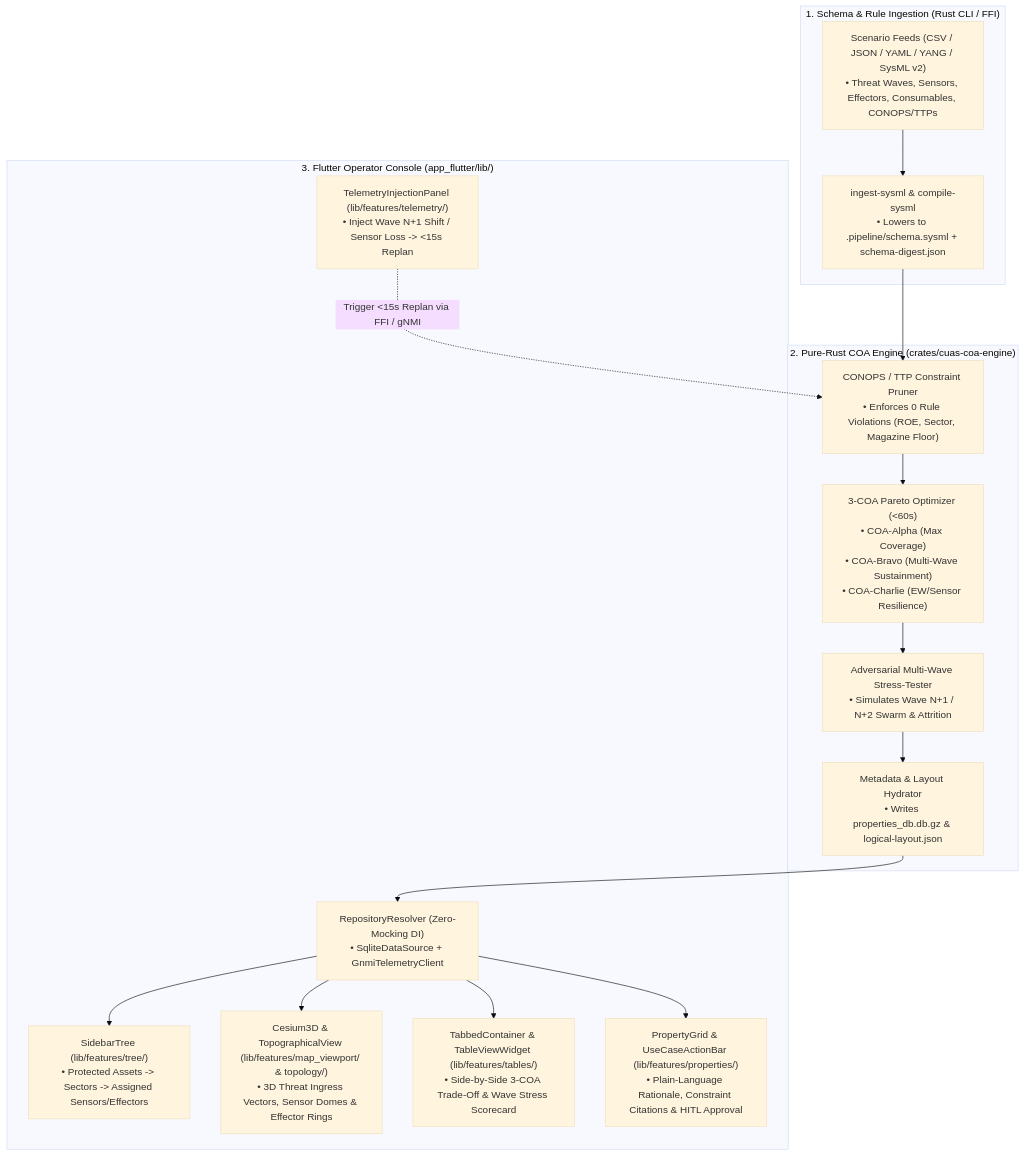
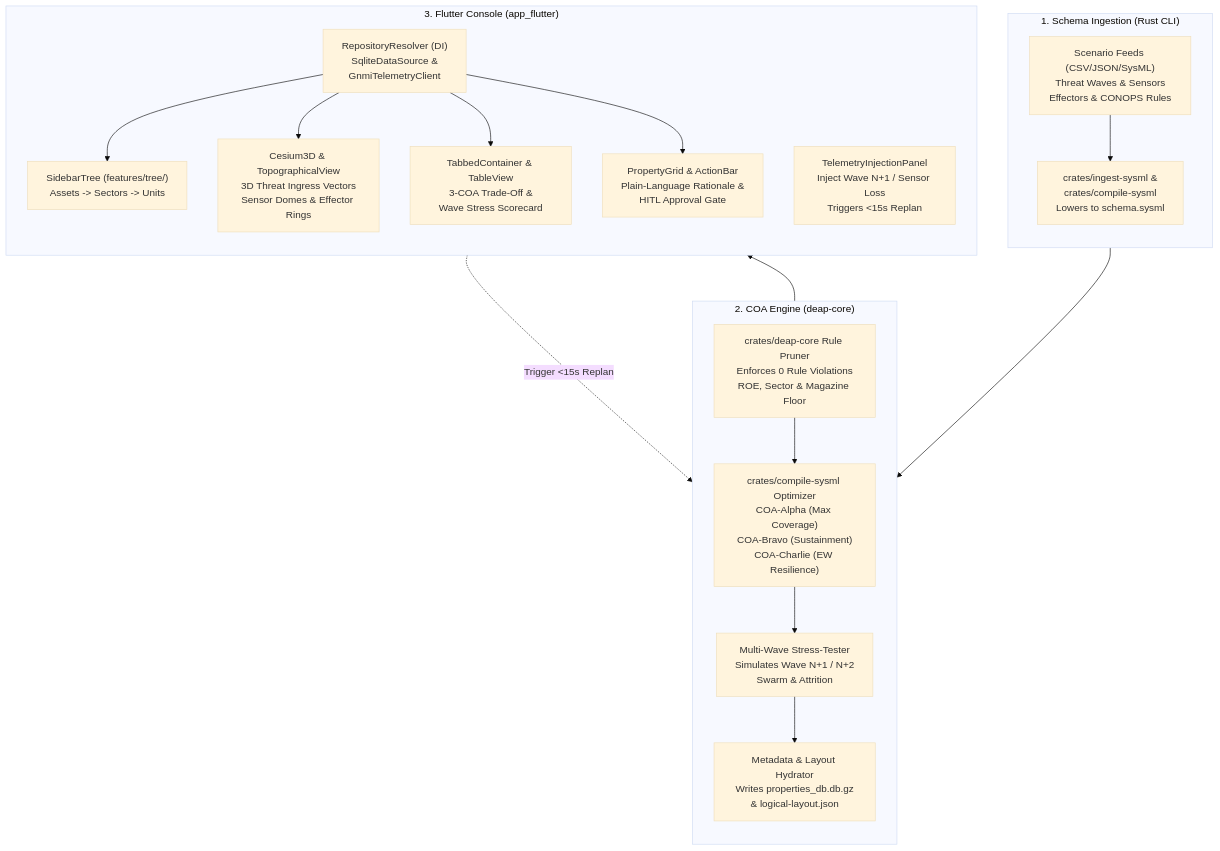
The diagram in docs/architecture/blueprints/DEAP_CUAS_COA_FLUTTER_BLUEPRINT.md (gintatkinson/DEAP01-spec-core), drawn with Mermaid (base theme) before and after one commit. The commit also changed other lines of this file and 28 other files, not shown here.

Commit message:
feat(verify-baseline,deap-core,compile-sysml): implement Option C blueprint capabilities and Check 37 blueprint grounding gate

````diff
--- a/docs/architecture/blueprints/DEAP_CUAS_COA_FLUTTER_BLUEPRINT.md
+++ b/docs/architecture/blueprints/DEAP_CUAS_COA_FLUTTER_BLUEPRINT.md
@@ -18,35 +18,38 @@
 ```mermaid
 flowchart TD
-    subgraph Step0["1. Schema & Rule Ingestion (Rust CLI / FFI)"]
-        RawInputs["Scenario Feeds (CSV / JSON / YAML / YANG / SysML v2)<br/>• Threat Waves, Sensors, Effectors, Consumables, CONOPS/TTPs"]
-        IngestBin["ingest-sysml & compile-sysml<br/>• Lowers to .pipeline/schema.sysml + schema-digest.json"]
+    subgraph Step0["1. Schema Ingestion (Rust CLI)"]
+        direction TB
+        RawInputs["Scenario Feeds (CSV/JSON/SysML)<br/>Threat Waves & Sensors<br/>Effectors & CONOPS Rules"]
+        IngestBin["crates/ingest-sysml &<br/>crates/compile-sysml<br/>Lowers to schema.sysml"]
         RawInputs --> IngestBin
     end
 
-    subgraph SolverCrate["2. Pure-Rust COA Engine (crates/cuas-coa-engine)"]
-        RulePruner["CONOPS / TTP Constraint Pruner<br/>• Enforces 0 Rule Violations (ROE, Sector, Magazine Floor)"]
-        ParetoSolver["3-COA Pareto Optimizer (<60s)<br/>• COA-Alpha (Max Coverage)<br/>• COA-Bravo (Multi-Wave Sustainment)<br/>• COA-Charlie (EW/Sensor Resilience)"]
-        WaveStress["Adversarial Multi-Wave Stress-Tester<br/>• Simulates Wave N+1 / N+2 Swarm & Attrition"]
-        SqliteExporter["Metadata & Layout Hydrator<br/>• Writes properties_db.db.gz & logical-layout.json"]
+    subgraph SolverCrate["2. COA Engine (deap-core)"]
+        direction TB
+        RulePruner["crates/deap-core Rule Pruner<br/>Enforces 0 Rule Violations<br/>ROE, Sector & Magazine Floor"]
+        ParetoSolver["crates/compile-sysml Optimizer<br/>COA-Alpha (Max Coverage)<br/>COA-Bravo (Sustainment)<br/>COA-Charlie (EW Resilience)"]
+        WaveStress["Multi-Wave Stress-Tester<br/>Simulates Wave N+1 / N+2<br/>Swarm & Attrition"]
+        SqliteExporter["Metadata & Layout Hydrator<br/>Writes properties_db.db.gz<br/>& logical-layout.json"]
         IngestBin --> RulePruner
         RulePruner --> ParetoSolver
         ParetoSolver --> WaveStress
         WaveStress --> SqliteExporter
     end
 
-    subgraph FlutterApp["3. Flutter Operator Console (app_flutter/lib/)"]
-        RepoResolver["RepositoryResolver (Zero-Mocking DI)<br/>• SqliteDataSource + GnmiTelemetryClient"]
-        SidebarTree["SidebarTree (lib/features/tree/)<br/>• Protected Assets -> Sectors -> Assigned Sensors/Effectors"]
-        Viewport3D["Cesium3D & TopographicalView (lib/features/map_viewport/ & topology/)<br/>• 3D Threat Ingress Vectors, Sensor Domes & Effector Rings"]
-        CoaTables["TabbedContainer & TableViewWidget (lib/features/tables/)<br/>• Side-by-Side 3-COA Trade-Off & Wave Stress Scorecard"]
-        PropGrid["PropertyGrid & UseCaseActionBar (lib/features/properties/)<br/>• Plain-Language Rationale, Constraint Citations & HITL Approval"]
-        WaveInjector["TelemetryInjectionPanel (lib/features/telemetry/)<br/>• Inject Wave N+1 Shift / Sensor Loss -> <15s Replan"]
+    subgraph FlutterApp["3. Flutter Console (app_flutter)"]
+        direction TB
+        RepoResolver["RepositoryResolver (DI)<br/>SqliteDataSource &<br/>GnmiTelemetryClient"]
+        SidebarTree["SidebarTree (features/tree/)<br/>Assets -> Sectors -> Units"]
+        Viewport3D["Cesium3D & TopographicalView<br/>3D Threat Ingress Vectors<br/>Sensor Domes & Effector Rings"]
+        CoaTables["TabbedContainer & TableView<br/>3-COA Trade-Off &<br/>Wave Stress Scorecard"]
+        PropGrid["PropertyGrid & ActionBar<br/>Plain-Language Rationale &<br/>HITL Approval Gate"]
+        WaveInjector["TelemetryInjectionPanel<br/>Inject Wave N+1 / Sensor Loss<br/>Triggers <15s Replan"]
 
         SqliteExporter --> RepoResolver
         RepoResolver --> SidebarTree
         RepoResolver --> Viewport3D
         RepoResolver --> CoaTables
         RepoResolver --> PropGrid
-        WaveInjector -.->|"Trigger <15s Replan via FFI / gNMI"| RulePruner
+        WaveInjector -.->|"Trigger <15s Replan"| RulePruner
     end
 ```
````
